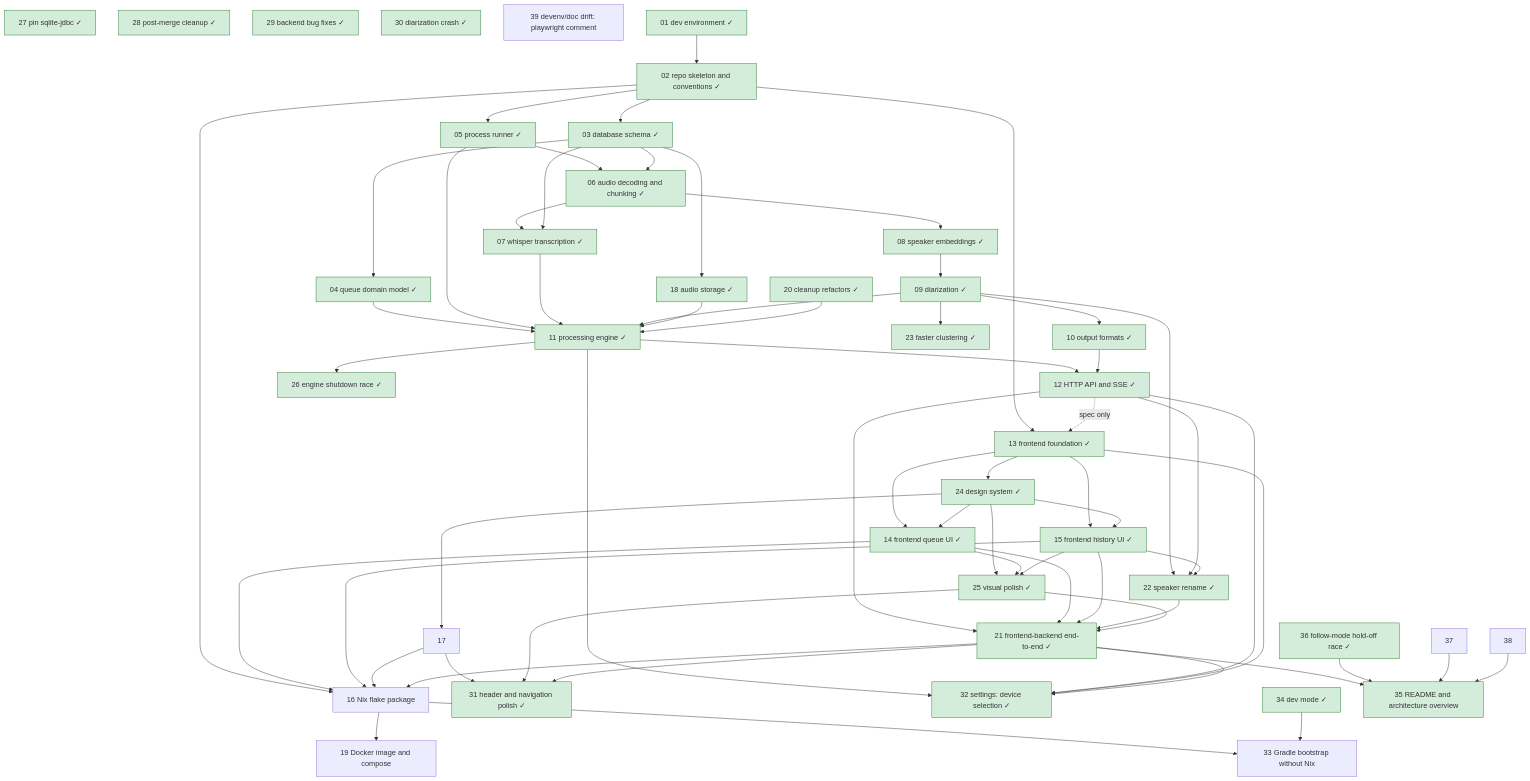
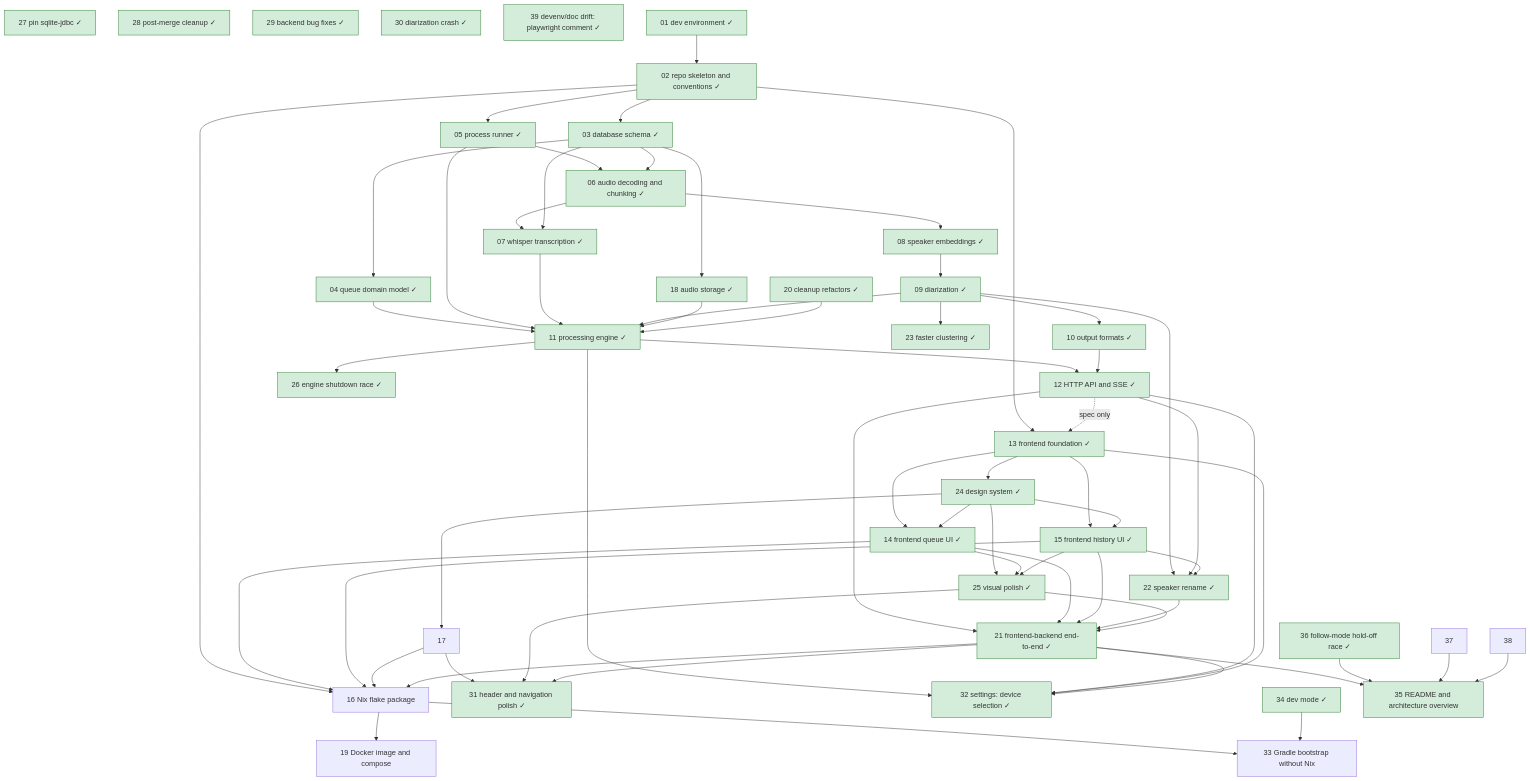
The diagram in roadmap/README.md (lulu-berlin/speech-to-text-app), drawn with Mermaid before and after one commit. The commit also changed other lines of this file and 1 other file, not shown here.

Commit message:
Item 39: spec to docs/specs/playwright-version-sync.md; README done

````diff
--- a/roadmap/README.md
+++ b/roadmap/README.md
@@ -17,71 +17,71 @@
 ```mermaid
 graph TD
   01[01 dev environment ✓]:::done --> 02[02 repo skeleton and conventions ✓]:::done
   02 --> 03[03 database schema ✓]:::done
   03 --> 04[04 queue domain model ✓]:::done
   02 --> 05[05 process runner ✓]:::done
   05 --> 06[06 audio decoding and chunking ✓]:::done
   03 --> 06
   06 --> 07[07 whisper transcription ✓]:::done
   03 --> 07
   06 --> 08[08 speaker embeddings ✓]:::done
   08 --> 09[09 diarization ✓]:::done
   09 --> 10[10 output formats ✓]:::done
   04 --> 11[11 processing engine ✓]:::done
   05 --> 11
   07 --> 11
   09 --> 11
   03 --> 18[18 audio storage ✓]:::done
   18 --> 11
   20 --> 11
   11 --> 12[12 HTTP API and SSE ✓]:::done
   10 --> 12
   02 --> 13[13 frontend foundation ✓]:::done
   12 -. spec only .-> 13
   13 --> 14[14 frontend queue UI ✓]:::done
   13 --> 15[15 frontend history UI ✓]:::done
   02 --> 16[16 Nix flake package]
   14 --> 16
   15 --> 16
   17 --> 16
   20[20 cleanup refactors ✓]:::done
   12 --> 21[21 frontend-backend end-to-end ✓]:::done
   14 --> 21
   15 --> 21
   22 --> 21
   25 --> 21
   16 --> 19[19 Docker image and compose]
   21 --> 16
   09 --> 22[22 speaker rename ✓]:::done
   12 --> 22
   15 --> 22
   09 --> 23[23 faster clustering ✓]:::done
   13 --> 24[24 design system ✓]:::done
   24 --> 14
   24 --> 15
   24 --> 17
   24 --> 25[25 visual polish ✓]:::done
   14 --> 25
   15 --> 25
   11 --> 26[26 engine shutdown race ✓]:::done
   27[27 pin sqlite-jdbc ✓]:::done
   28[28 post-merge cleanup ✓]:::done
   29[29 backend bug fixes ✓]:::done
   30[30 diarization crash ✓]:::done
   17 --> 31[31 header and navigation polish ✓]:::done
   25 --> 31
   21 --> 31
   11 --> 32[32 settings: device selection ✓]:::done
   12 --> 32
   13 --> 32
   21 --> 32
   16 --> 33[33 Gradle bootstrap without Nix]
   34 --> 33
   34[34 dev mode ✓]:::done
   21 --> 35[35 README and architecture overview ✓]:::done
   36[36 follow-mode hold-off race ✓]:::done --> 35[35 README and architecture overview ✓]:::done
   37 --> 35[35 README and architecture overview]
   38 --> 35[35 README and architecture overview]
-  39[39 devenv/doc drift: playwright comment]
+  39[39 devenv/doc drift: playwright comment ✓]:::done
   classDef done fill:#d4edda,stroke:#2e7d32
 ```
````
